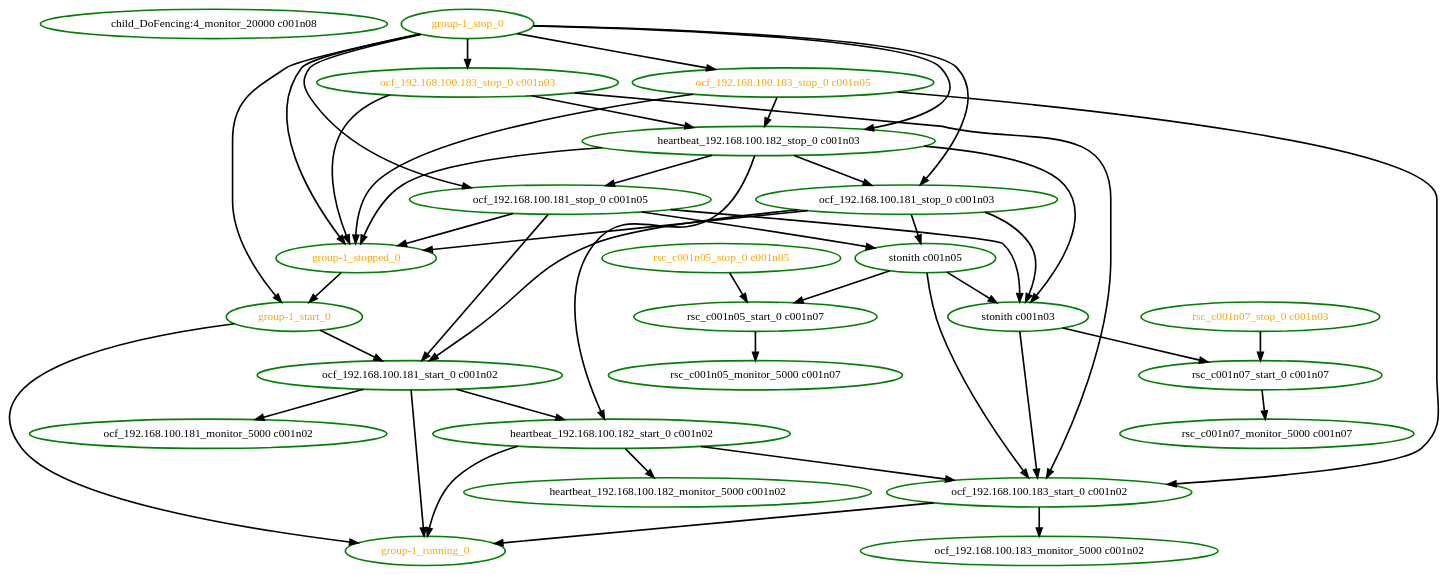
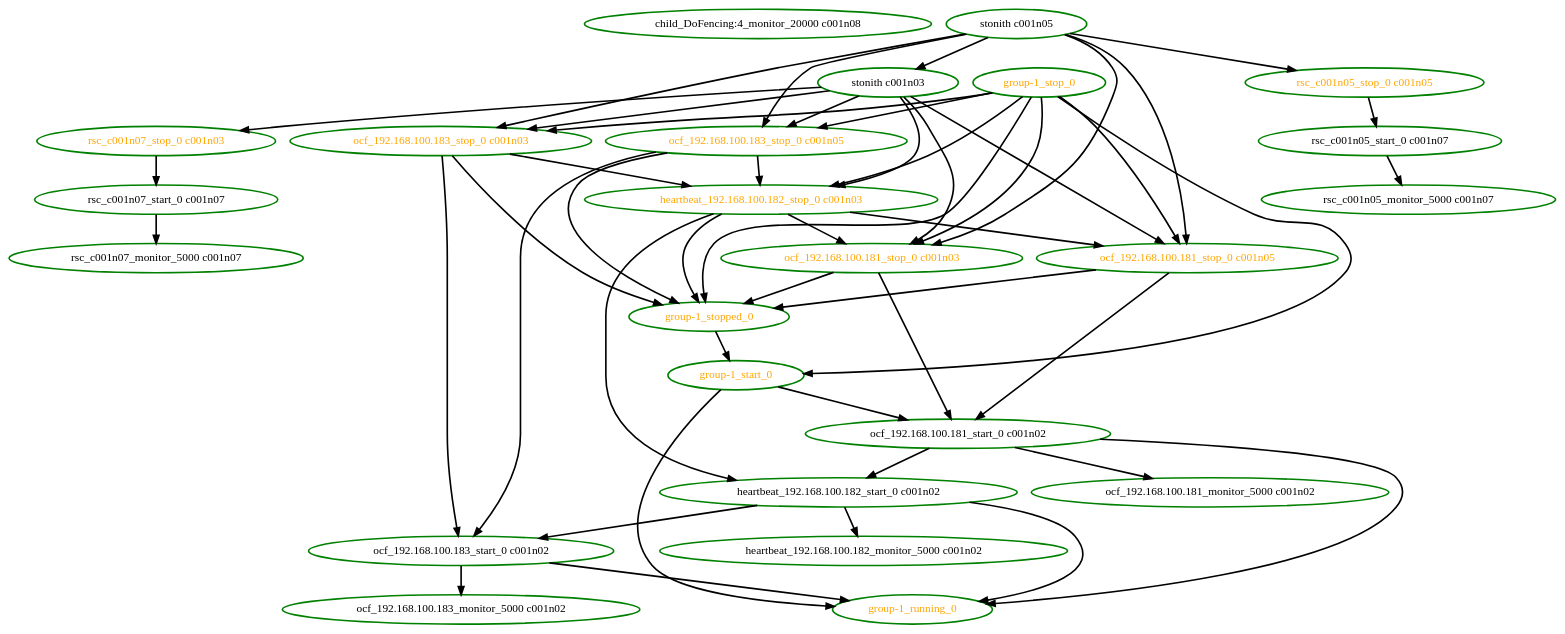
The diagram in crm/pengine/testcases/stonith-0.dot (richiewen8/heartbeat), drawn with Graphviz before and after one commit. The commit also changed 20 other files, not shown here.

```diff
--- a/crm/pengine/testcases/stonith-0.dot
+++ b/crm/pengine/testcases/stonith-0.dot
@@ -1,72 +1,74 @@
  digraph "g" {
 "child_DoFencing:4_monitor_20000 c001n08" [ style=bold color="green" fontcolor="black" ]
 "group-1_running_0" [ style=bold color="green" fontcolor="orange" ]
 "group-1_start_0" -> "group-1_running_0" [ style = bold]
 "group-1_start_0" -> "ocf_192.168.100.181_start_0 c001n02" [ style = bold]
 "group-1_start_0" [ style=bold color="green" fontcolor="orange" ]
 "group-1_stop_0" -> "group-1_start_0" [ style = bold]
 "group-1_stop_0" -> "group-1_stopped_0" [ style = bold]
 "group-1_stop_0" -> "heartbeat_192.168.100.182_stop_0 c001n03" [ style = bold]
 "group-1_stop_0" -> "ocf_192.168.100.181_stop_0 c001n03" [ style = bold]
 "group-1_stop_0" -> "ocf_192.168.100.181_stop_0 c001n05" [ style = bold]
 "group-1_stop_0" -> "ocf_192.168.100.183_stop_0 c001n03" [ style = bold]
 "group-1_stop_0" -> "ocf_192.168.100.183_stop_0 c001n05" [ style = bold]
 "group-1_stop_0" [ style=bold color="green" fontcolor="orange" ]
 "group-1_stopped_0" -> "group-1_start_0" [ style = bold]
 "group-1_stopped_0" [ style=bold color="green" fontcolor="orange" ]
 "heartbeat_192.168.100.182_monitor_5000 c001n02" [ style=bold color="green" fontcolor="black" ]
 "heartbeat_192.168.100.182_start_0 c001n02" -> "group-1_running_0" [ style = bold]
 "heartbeat_192.168.100.182_start_0 c001n02" -> "heartbeat_192.168.100.182_monitor_5000 c001n02" [ style = bold]
 "heartbeat_192.168.100.182_start_0 c001n02" -> "ocf_192.168.100.183_start_0 c001n02" [ style = bold]
 "heartbeat_192.168.100.182_start_0 c001n02" [ style=bold color="green" fontcolor="black" ]
 "heartbeat_192.168.100.182_stop_0 c001n03" -> "group-1_stopped_0" [ style = bold]
 "heartbeat_192.168.100.182_stop_0 c001n03" -> "heartbeat_192.168.100.182_start_0 c001n02" [ style = bold]
 "heartbeat_192.168.100.182_stop_0 c001n03" -> "ocf_192.168.100.181_stop_0 c001n03" [ style = bold]
 "heartbeat_192.168.100.182_stop_0 c001n03" -> "ocf_192.168.100.181_stop_0 c001n05" [ style = bold]
-"heartbeat_192.168.100.182_stop_0 c001n03" -> "stonith c001n03" [ style = bold]
-"heartbeat_192.168.100.182_stop_0 c001n03" [ style=bold color="green" fontcolor="black" ]
+"heartbeat_192.168.100.182_stop_0 c001n03" [ style=bold color="green" fontcolor="orange"  ]
 "ocf_192.168.100.181_monitor_5000 c001n02" [ style=bold color="green" fontcolor="black" ]
 "ocf_192.168.100.181_start_0 c001n02" -> "group-1_running_0" [ style = bold]
 "ocf_192.168.100.181_start_0 c001n02" -> "heartbeat_192.168.100.182_start_0 c001n02" [ style = bold]
 "ocf_192.168.100.181_start_0 c001n02" -> "ocf_192.168.100.181_monitor_5000 c001n02" [ style = bold]
 "ocf_192.168.100.181_start_0 c001n02" [ style=bold color="green" fontcolor="black" ]
 "ocf_192.168.100.181_stop_0 c001n03" -> "group-1_stopped_0" [ style = bold]
 "ocf_192.168.100.181_stop_0 c001n03" -> "ocf_192.168.100.181_start_0 c001n02" [ style = bold]
-"ocf_192.168.100.181_stop_0 c001n03" -> "stonith c001n03" [ style = bold]
-"ocf_192.168.100.181_stop_0 c001n03" -> "stonith c001n05" [ style = bold]
-"ocf_192.168.100.181_stop_0 c001n03" [ style=bold color="green" fontcolor="black" ]
+"ocf_192.168.100.181_stop_0 c001n03" [ style=bold color="green" fontcolor="orange"  ]
 "ocf_192.168.100.181_stop_0 c001n05" -> "group-1_stopped_0" [ style = bold]
 "ocf_192.168.100.181_stop_0 c001n05" -> "ocf_192.168.100.181_start_0 c001n02" [ style = bold]
-"ocf_192.168.100.181_stop_0 c001n05" -> "stonith c001n03" [ style = bold]
-"ocf_192.168.100.181_stop_0 c001n05" -> "stonith c001n05" [ style = bold]
-"ocf_192.168.100.181_stop_0 c001n05" [ style=bold color="green" fontcolor="black" ]
+"ocf_192.168.100.181_stop_0 c001n05" [ style=bold color="green" fontcolor="orange"  ]
 "ocf_192.168.100.183_monitor_5000 c001n02" [ style=bold color="green" fontcolor="black" ]
 "ocf_192.168.100.183_start_0 c001n02" -> "group-1_running_0" [ style = bold]
 "ocf_192.168.100.183_start_0 c001n02" -> "ocf_192.168.100.183_monitor_5000 c001n02" [ style = bold]
 "ocf_192.168.100.183_start_0 c001n02" [ style=bold color="green" fontcolor="black" ]
 "ocf_192.168.100.183_stop_0 c001n03" -> "group-1_stopped_0" [ style = bold]
 "ocf_192.168.100.183_stop_0 c001n03" -> "heartbeat_192.168.100.182_stop_0 c001n03" [ style = bold]
 "ocf_192.168.100.183_stop_0 c001n03" -> "ocf_192.168.100.183_start_0 c001n02" [ style = bold]
 "ocf_192.168.100.183_stop_0 c001n03" [ style=bold color="green" fontcolor="orange" ]
 "ocf_192.168.100.183_stop_0 c001n05" -> "group-1_stopped_0" [ style = bold]
 "ocf_192.168.100.183_stop_0 c001n05" -> "heartbeat_192.168.100.182_stop_0 c001n03" [ style = bold]
 "ocf_192.168.100.183_stop_0 c001n05" -> "ocf_192.168.100.183_start_0 c001n02" [ style = bold]
 "ocf_192.168.100.183_stop_0 c001n05" [ style=bold color="green" fontcolor="orange" ]
 "rsc_c001n05_monitor_5000 c001n07" [ style=bold color="green" fontcolor="black" ]
 "rsc_c001n05_start_0 c001n07" -> "rsc_c001n05_monitor_5000 c001n07" [ style = bold]
 "rsc_c001n05_start_0 c001n07" [ style=bold color="green" fontcolor="black" ]
 "rsc_c001n05_stop_0 c001n05" -> "rsc_c001n05_start_0 c001n07" [ style = bold]
 "rsc_c001n05_stop_0 c001n05" [ style=bold color="green" fontcolor="orange" ]
 "rsc_c001n07_monitor_5000 c001n07" [ style=bold color="green" fontcolor="black" ]
 "rsc_c001n07_start_0 c001n07" -> "rsc_c001n07_monitor_5000 c001n07" [ style = bold]
 "rsc_c001n07_start_0 c001n07" [ style=bold color="green" fontcolor="black" ]
 "rsc_c001n07_stop_0 c001n03" -> "rsc_c001n07_start_0 c001n07" [ style = bold]
 "rsc_c001n07_stop_0 c001n03" [ style=bold color="green" fontcolor="orange" ]
-"stonith c001n03" -> "ocf_192.168.100.183_start_0 c001n02" [ style = bold]
-"stonith c001n03" -> "rsc_c001n07_start_0 c001n07" [ style = bold]
+"stonith c001n03" -> "heartbeat_192.168.100.182_stop_0 c001n03" [ style = bold]
+"stonith c001n03" -> "ocf_192.168.100.181_stop_0 c001n03" [ style = bold]
+"stonith c001n03" -> "ocf_192.168.100.181_stop_0 c001n05" [ style = bold]
+"stonith c001n03" -> "ocf_192.168.100.183_stop_0 c001n03" [ style = bold]
+"stonith c001n03" -> "ocf_192.168.100.183_stop_0 c001n05" [ style = bold]
+"stonith c001n03" -> "rsc_c001n07_stop_0 c001n03" [ style = bold]
 "stonith c001n03" [ style=bold color="green" fontcolor="black" ]
-"stonith c001n05" -> "ocf_192.168.100.183_start_0 c001n02" [ style = bold]
-"stonith c001n05" -> "rsc_c001n05_start_0 c001n07" [ style = bold]
+"stonith c001n05" -> "ocf_192.168.100.181_stop_0 c001n03" [ style = bold]
+"stonith c001n05" -> "ocf_192.168.100.181_stop_0 c001n05" [ style = bold]
+"stonith c001n05" -> "ocf_192.168.100.183_stop_0 c001n03" [ style = bold]
+"stonith c001n05" -> "ocf_192.168.100.183_stop_0 c001n05" [ style = bold]
+"stonith c001n05" -> "rsc_c001n05_stop_0 c001n05" [ style = bold]
 "stonith c001n05" -> "stonith c001n03" [ style = bold]
 "stonith c001n05" [ style=bold color="green" fontcolor="black" ]
 }
```
